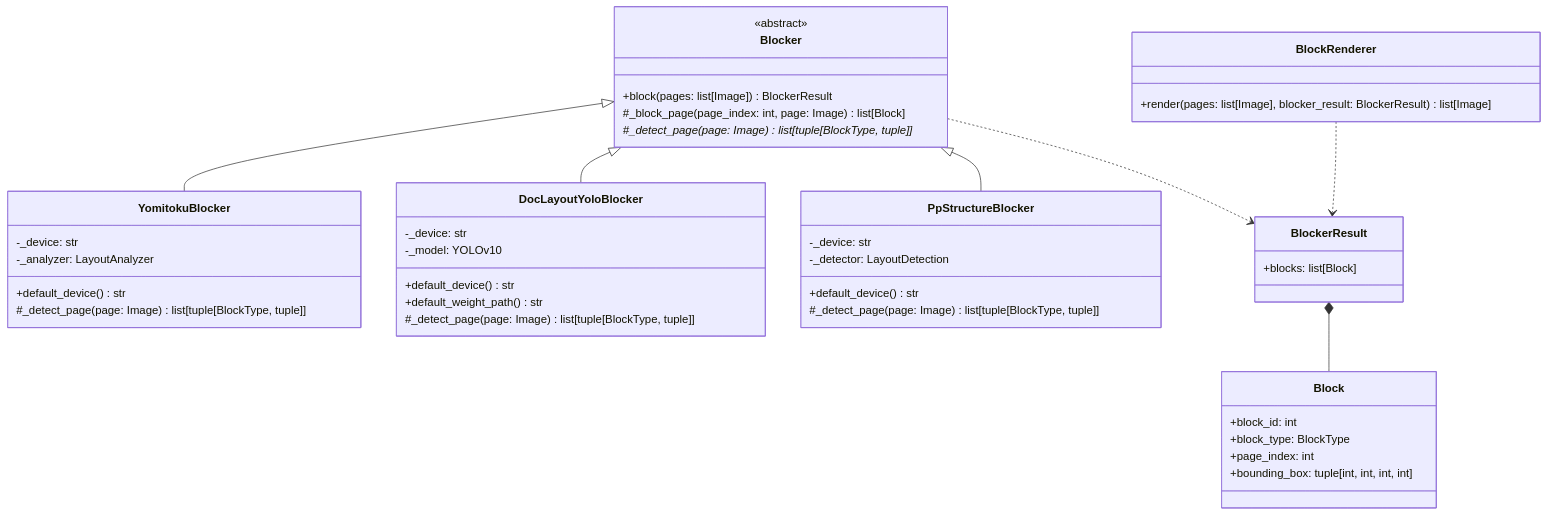
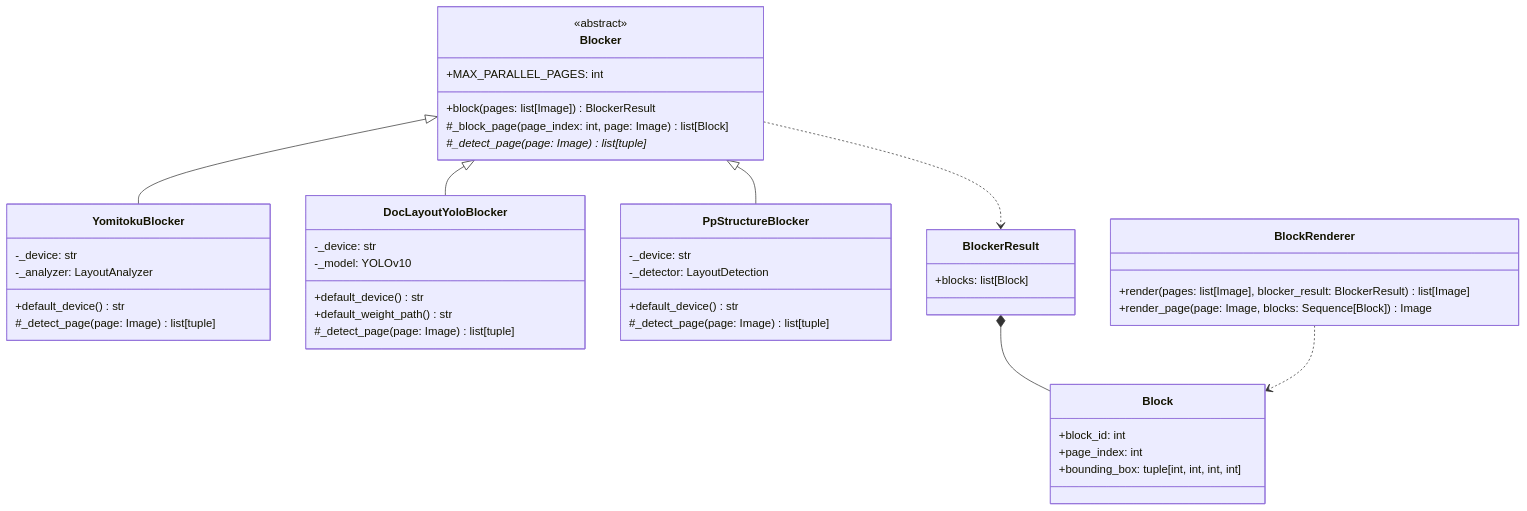
One commit to konbraphat51/SuperSuat changed the first of 2 diagrams in Uploader/OcrModule/Blocked/Docs/Blocker.ja.md. Above: the diagram before and after it, drawn with Mermaid. The commit also changed other lines of this file and 28 other files, not shown here.

````diff
--- a/Uploader/OcrModule/Blocked/Docs/Blocker.ja.md
+++ b/Uploader/OcrModule/Blocked/Docs/Blocker.ja.md
@@ -11,46 +12,47 @@
 ```mermaid
 classDiagram
     class Blocker {
         <<abstract>>
+        +MAX_PARALLEL_PAGES: int
         +block(pages: list[Image]) BlockerResult
         #_block_page(page_index: int, page: Image) list[Block]
-        #_detect_page(page: Image) list[tuple[BlockType, tuple]]*
+        #_detect_page(page: Image) list[tuple]*
     }
     class YomitokuBlocker {
         -_device: str
         -_analyzer: LayoutAnalyzer
         +default_device() str
-        #_detect_page(page: Image) list[tuple[BlockType, tuple]]
+        #_detect_page(page: Image) list[tuple]
     }
     class DocLayoutYoloBlocker {
         -_device: str
         -_model: YOLOv10
         +default_device() str
         +default_weight_path() str
-        #_detect_page(page: Image) list[tuple[BlockType, tuple]]
+        #_detect_page(page: Image) list[tuple]
     }
     class PpStructureBlocker {
         -_device: str
         -_detector: LayoutDetection
         +default_device() str
-        #_detect_page(page: Image) list[tuple[BlockType, tuple]]
+        #_detect_page(page: Image) list[tuple]
     }
     class BlockerResult {
         +blocks: list[Block]
     }
     class Block {
         +block_id: int
-        +block_type: BlockType
         +page_index: int
         +bounding_box: tuple[int, int, int, int]
     }
     class BlockRenderer {
         +render(pages: list[Image], blocker_result: BlockerResult) list[Image]
+        +render_page(page: Image, blocks: Sequence[Block]) Image
     }
     Blocker <|-- YomitokuBlocker
     Blocker <|-- DocLayoutYoloBlocker
     Blocker <|-- PpStructureBlocker
     Blocker ..> BlockerResult
     BlockerResult *-- Block
-    BlockRenderer ..> BlockerResult
+    BlockRenderer ..> Block
 ```
````
